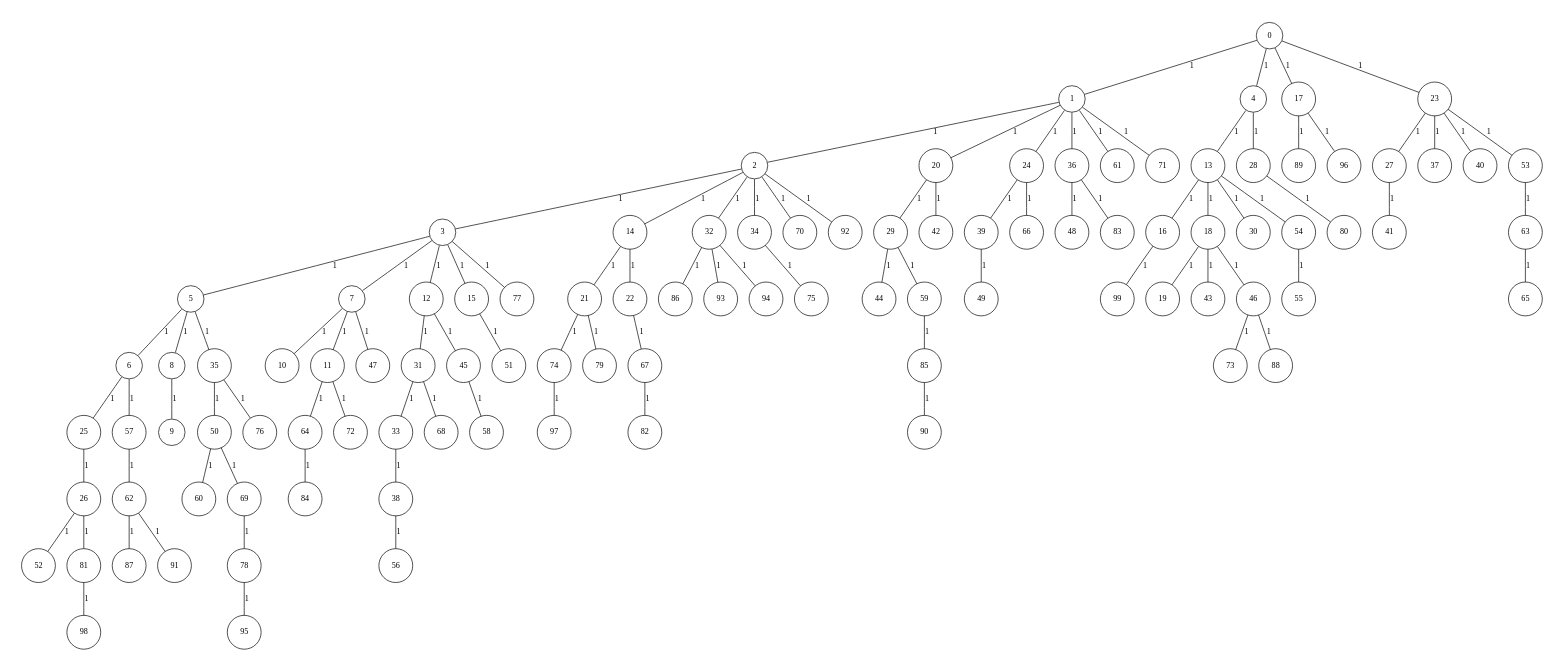
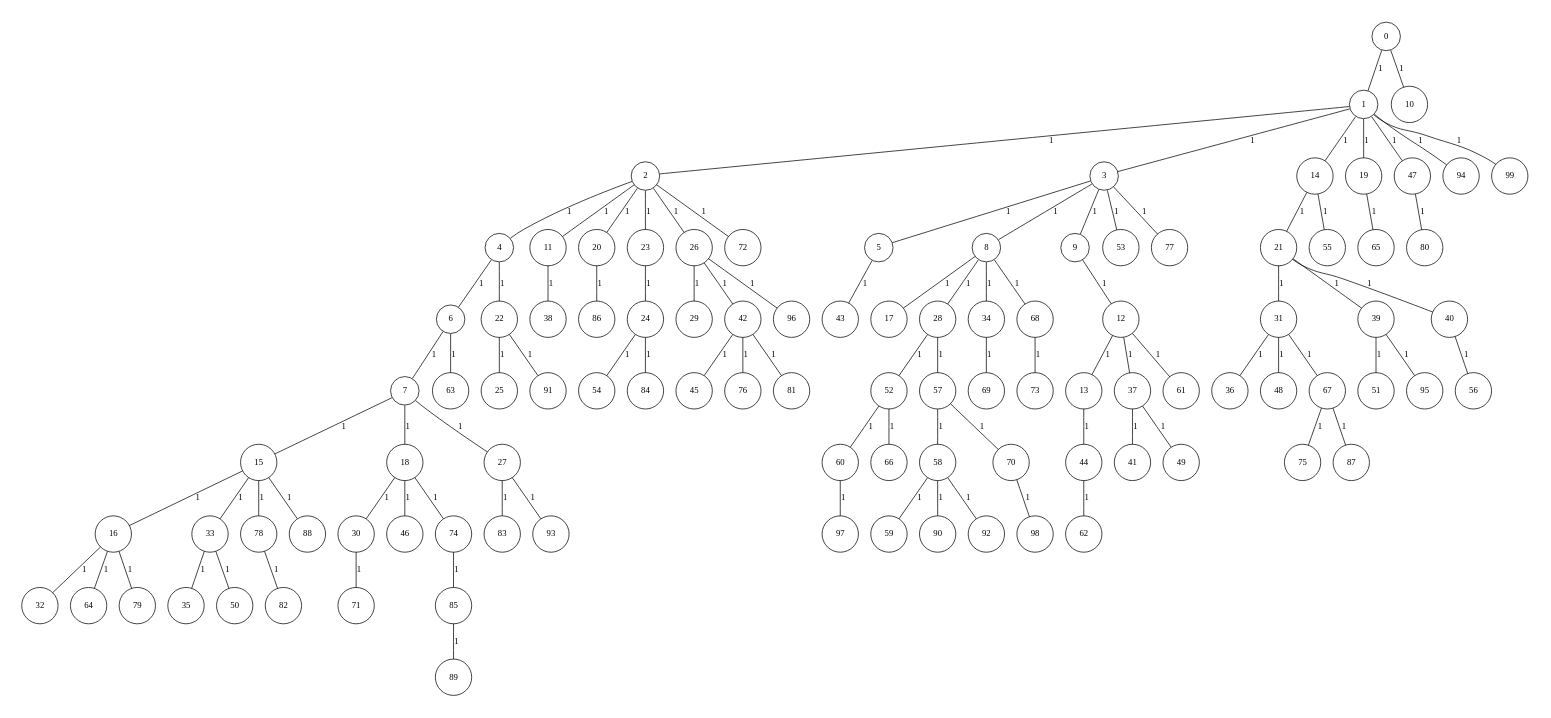
Before and after one commit to cardosodg/setcover-grasp: the diagram in GraphGenerator/input/instGraph_100_7.txt.dot, drawn with Graphviz. The commit also changed 2004 other files, not shown here.

```diff
--- a/GraphGenerator/input/instGraph_100_7.txt.dot
+++ b/GraphGenerator/input/instGraph_100_7.txt.dot
@@ -6,204 +6,204 @@
 node[shape=circle,width=.12,hight=.12,fontsize=12]
 edge[fontsize=12]
 
-0[label=" 0" color=black, pos="0.6882491,0.86756144!"];
-1[label=" 1" color=black, pos="1.1546594,2.544369!"];
-2[label=" 2" color=black, pos="0.87046067,2.5725337!"];
-3[label=" 3" color=black, pos="2.9609948,1.8222236!"];
-4[label=" 4" color=black, pos="2.3271478,2.1791764!"];
-5[label=" 5" color=black, pos="0.063146941,1.0791621!"];
-6[label=" 6" color=black, pos="1.0723965,1.5837846!"];
-7[label=" 7" color=black, pos="1.5924489,2.0324623!"];
-8[label=" 8" color=black, pos="1.3780153,0.17281948!"];
-9[label=" 9" color=black, pos="0.45844221,0.18359923!"];
-10[label=" 10" color=black, pos="0.061563817,1.1168777!"];
-11[label=" 11" color=black, pos="2.9372692,2.7325897!"];
-12[label=" 12" color=black, pos="1.9873114,1.1731851!"];
-13[label=" 13" color=black, pos="2.1356532,0.30081555!"];
-14[label=" 14" color=black, pos="1.0140616,2.0869621!"];
-15[label=" 15" color=black, pos="1.4451238,0.88720849!"];
-16[label=" 16" color=black, pos="0.019448149,0.35581394!"];
-17[label=" 17" color=black, pos="2.7772165,0.80679324!"];
-18[label=" 18" color=black, pos="1.2955461,0.86133891!"];
-19[label=" 19" color=black, pos="1.8627722,1.4972324!"];
-20[label=" 20" color=black, pos="2.5056947,2.9005419!"];
-21[label=" 21" color=black, pos="2.9227648,2.8493976!"];
-22[label=" 22" color=black, pos="2.0859575,2.5433368!"];
-23[label=" 23" color=black, pos="2.0557841,1.3542205!"];
-24[label=" 24" color=black, pos="2.4905733,1.5531226!"];
-25[label=" 25" color=black, pos="0.24944759,2.1065701!"];
-26[label=" 26" color=black, pos="0.28358674,0.77780898!"];
-27[label=" 27" color=black, pos="0.56183759,0.99644245!"];
-28[label=" 28" color=black, pos="2.9454588,2.7088802!"];
-29[label=" 29" color=black, pos="0.098341698,1.8050499!"];
-30[label=" 30" color=black, pos="0.49463754,1.7153805!"];
-31[label=" 31" color=black, pos="2.778932,0.62565384!"];
-32[label=" 32" color=black, pos="1.7796354,1.5372951!"];
-33[label=" 33" color=black, pos="1.5386922,2.5740767!"];
-34[label=" 34" color=black, pos="1.6117742,0.96863789!"];
-35[label=" 35" color=black, pos="1.626927,2.2411441!"];
-36[label=" 36" color=black, pos="0.86206464,1.4406094!"];
-37[label=" 37" color=black, pos="1.5083021,2.1447055!"];
-38[label=" 38" color=black, pos="1.5940461,2.5533613!"];
-39[label=" 39" color=black, pos="0.92968707,0.64248346!"];
-40[label=" 40" color=black, pos="1.3577916,0.73840552!"];
-41[label=" 41" color=black, pos="0.82364372,0.71876278!"];
-42[label=" 42" color=black, pos="0.66436787,1.6090296!"];
-43[label=" 43" color=black, pos="0.652481,2.8636807!"];
-44[label=" 44" color=black, pos="1.800198,0.47495198!"];
-45[label=" 45" color=black, pos="2.5499495,2.3114398!"];
-46[label=" 46" color=black, pos="2.4797436,0.51697367!"];
-47[label=" 47" color=black, pos="1.0438163,2.1187531!"];
-48[label=" 48" color=black, pos="1.3392357,0.29809162!"];
-49[label=" 49" color=black, pos="2.1696409,1.5982973!"];
-50[label=" 50" color=black, pos="1.7042551,0.12530359!"];
-51[label=" 51" color=black, pos="0.057500585,1.8712817!"];
-52[label=" 52" color=black, pos="2.2932744,2.1661987!"];
-53[label=" 53" color=black, pos="2.9658912,1.9872194!"];
-54[label=" 54" color=black, pos="0.3424396,0.85506543!"];
-55[label=" 55" color=black, pos="0.66365017,2.7878637!"];
-56[label=" 56" color=black, pos="0.83097722,0.16576525!"];
-57[label=" 57" color=black, pos="2.1028097,2.8346268!"];
-58[label=" 58" color=black, pos="1.9713894,0.16380082!"];
-59[label=" 59" color=black, pos="1.9489147,0.88658857!"];
-60[label=" 60" color=black, pos="2.3813162,0.085412917!"];
-61[label=" 61" color=black, pos="0.53042572,0.79284221!"];
-62[label=" 62" color=black, pos="1.5768253,0.25912118!"];
-63[label=" 63" color=black, pos="1.6217262,0.24336136!"];
-64[label=" 64" color=black, pos="1.1329402,1.4533215!"];
-65[label=" 65" color=black, pos="2.1731891,2.0428146!"];
-66[label=" 66" color=black, pos="2.2478787,1.1734686!"];
-67[label=" 67" color=black, pos="2.241698,1.4389825!"];
-68[label=" 68" color=black, pos="0.11284437,2.9702216!"];
-69[label=" 69" color=black, pos="1.5970277,2.5161354!"];
-70[label=" 70" color=black, pos="2.4109715,1.4143285!"];
-71[label=" 71" color=black, pos="2.8222415,0.4854011!"];
-72[label=" 72" color=black, pos="1.0668165,0.19093149!"];
-73[label=" 73" color=black, pos="1.2266709,2.3845842!"];
-74[label=" 74" color=black, pos="0.44036153,0.67134302!"];
-75[label=" 75" color=black, pos="0.61810986,1.3050737!"];
-76[label=" 76" color=black, pos="0.63472088,2.3742243!"];
-77[label=" 77" color=black, pos="2.0383591,0.40560159!"];
-78[label=" 78" color=black, pos="1.6656164,2.4820282!"];
-79[label=" 79" color=black, pos="2.47762,1.4430395!"];
-80[label=" 80" color=black, pos="2.9061519,0.78444212!"];
-81[label=" 81" color=black, pos="2.8677171,1.6073725!"];
-82[label=" 82" color=black, pos="0.72707901,0.99013809!"];
-83[label=" 83" color=black, pos="0.38904099,2.0761431!"];
-84[label=" 84" color=black, pos="0.57050705,2.2555104!"];
-85[label=" 85" color=black, pos="0.34072721,2.0581967!"];
-86[label=" 86" color=black, pos="1.4810421,1.4942014!"];
-87[label=" 87" color=black, pos="1.5076543,0.50309866!"];
-88[label=" 88" color=black, pos="0.57121182,0.54662911!"];
-89[label=" 89" color=black, pos="0.45656705,0.74700747!"];
-90[label=" 90" color=black, pos="1.4327171,2.5288349!"];
-91[label=" 91" color=black, pos="2.0323573,2.8455199!"];
-92[label=" 92" color=black, pos="1.0553455,1.2117305!"];
-93[label=" 93" color=black, pos="0.7621424,1.4024163!"];
-94[label=" 94" color=black, pos="1.8101522,1.2018467!"];
-95[label=" 95" color=black, pos="1.8338586,0.73161282!"];
-96[label=" 96" color=black, pos="0.99248613,2.8439993!"];
-97[label=" 97" color=black, pos="2.4322435,2.6326992!"];
-98[label=" 98" color=black, pos="0.32815228,1.6867187!"];
-99[label=" 99" color=black, pos="1.7665123,2.963374!"];
+0[label=" 0" color=black, pos="0.90476775,1.3335328!"];
+1[label=" 1" color=black, pos="1.5204547,1.3064026!"];
+2[label=" 2" color=black, pos="1.1134714,1.3400579!"];
+3[label=" 3" color=black, pos="1.6291316,0.20238303!"];
+4[label=" 4" color=black, pos="2.4858599,0.46500808!"];
+5[label=" 5" color=black, pos="1.9340907,0.19255651!"];
+6[label=" 6" color=black, pos="1.0604668,2.0620097!"];
+7[label=" 7" color=black, pos="0.46729992,2.892203!"];
+8[label=" 8" color=black, pos="0.84746618,2.0791234!"];
+9[label=" 9" color=black, pos="0.66433467,1.9984117!"];
+10[label=" 10" color=black, pos="0.46824845,0.77329633!"];
+11[label=" 11" color=black, pos="2.6358457,2.0948584!"];
+12[label=" 12" color=black, pos="1.5350063,1.8381466!"];
+13[label=" 13" color=black, pos="0.48641779,0.51167302!"];
+14[label=" 14" color=black, pos="2.2597825,0.70722273!"];
+15[label=" 15" color=black, pos="2.1884652,1.0991501!"];
+16[label=" 16" color=black, pos="0.82516151,1.4038523!"];
+17[label=" 17" color=black, pos="1.5637995,2.2673023!"];
+18[label=" 18" color=black, pos="2.7407335,0.12942801!"];
+19[label=" 19" color=black, pos="0.016277988,1.4982847!"];
+20[label=" 20" color=black, pos="0.78415283,0.020381298!"];
+21[label=" 21" color=black, pos="2.3671344,1.8174552!"];
+22[label=" 22" color=black, pos="2.1057371,0.35399933!"];
+23[label=" 23" color=black, pos="1.1241036,1.3301338!"];
+24[label=" 24" color=black, pos="2.6314229,2.4387613!"];
+25[label=" 25" color=black, pos="0.13625002,0.22727044!"];
+26[label=" 26" color=black, pos="0.74666224,2.2535627!"];
+27[label=" 27" color=black, pos="1.5809848,2.3142245!"];
+28[label=" 28" color=black, pos="0.088278712,2.6357083!"];
+29[label=" 29" color=black, pos="2.8666601,2.08233!"];
+30[label=" 30" color=black, pos="2.9778414,1.2665995!"];
+31[label=" 31" color=black, pos="0.88947878,2.0512101!"];
+32[label=" 32" color=black, pos="0.33071935,2.7161242!"];
+33[label=" 33" color=black, pos="2.1960351,1.3439529!"];
+34[label=" 34" color=black, pos="0.30009304,0.70563751!"];
+35[label=" 35" color=black, pos="2.3493629,2.2462155!"];
+36[label=" 36" color=black, pos="0.35446787,2.8930548!"];
+37[label=" 37" color=black, pos="0.33508728,2.1935252!"];
+38[label=" 38" color=black, pos="1.4117142,1.4148737!"];
+39[label=" 39" color=black, pos="0.056858063,2.8220947!"];
+40[label=" 40" color=black, pos="2.9560553,0.85454678!"];
+41[label=" 41" color=black, pos="1.4816134,2.0947876!"];
+42[label=" 42" color=black, pos="1.7960152,1.6627843!"];
+43[label=" 43" color=black, pos="1.8202871,0.5830198!"];
+44[label=" 44" color=black, pos="0.79092366,1.395883!"];
+45[label=" 45" color=black, pos="0.45145939,2.4389396!"];
+46[label=" 46" color=black, pos="1.049533,1.1643665!"];
+47[label=" 47" color=black, pos="2.3198971,1.4939685!"];
+48[label=" 48" color=black, pos="0.52467998,0.42804268!"];
+49[label=" 49" color=black, pos="0.54701496,0.78799983!"];
+50[label=" 50" color=black, pos="1.3232554,1.4884083!"];
+51[label=" 51" color=black, pos="0.359784,0.31829755!"];
+52[label=" 52" color=black, pos="2.5475027,2.2767186!"];
+53[label=" 53" color=black, pos="2.3035888,2.8621357!"];
+54[label=" 54" color=black, pos="1.5694715,0.45951298!"];
+55[label=" 55" color=black, pos="0.012963339,1.165321!"];
+56[label=" 56" color=black, pos="0.30199679,0.5439367!"];
+57[label=" 57" color=black, pos="1.1161939,2.1920419!"];
+58[label=" 58" color=black, pos="1.7827207,0.58299185!"];
+59[label=" 59" color=black, pos="2.7518784,0.29321233!"];
+60[label=" 60" color=black, pos="2.61547,2.2983432!"];
+61[label=" 61" color=black, pos="0.28558915,0.2721807!"];
+62[label=" 62" color=black, pos="2.1869811,0.7444293!"];
+63[label=" 63" color=black, pos="1.6851752,0.73758771!"];
+64[label=" 64" color=black, pos="0.50311397,2.8361837!"];
+65[label=" 65" color=black, pos="1.6134609,2.0587572!"];
+66[label=" 66" color=black, pos="2.7086759,2.5386863!"];
+67[label=" 67" color=black, pos="0.54303848,0.75993542!"];
+68[label=" 68" color=black, pos="0.40182953,0.077567272!"];
+69[label=" 69" color=black, pos="0.21875751,1.5424794!"];
+70[label=" 70" color=black, pos="2.0814416,2.605683!"];
+71[label=" 71" color=black, pos="0.19665895,1.7537888!"];
+72[label=" 72" color=black, pos="2.6247951,0.31908082!"];
+73[label=" 73" color=black, pos="0.61819819,1.6344376!"];
+74[label=" 74" color=black, pos="2.0195871,1.7874284!"];
+75[label=" 75" color=black, pos="0.0050224522,2.7211341!"];
+76[label=" 76" color=black, pos="2.6056425,0.094270662!"];
+77[label=" 77" color=black, pos="2.1484493,2.2301386!"];
+78[label=" 78" color=black, pos="1.9236587,1.9965078!"];
+79[label=" 79" color=black, pos="2.1790922,0.82009052!"];
+80[label=" 80" color=black, pos="2.3402691,0.042143229!"];
+81[label=" 81" color=black, pos="0.5170094,0.28534143!"];
+82[label=" 82" color=black, pos="1.8497047,1.0992222!"];
+83[label=" 83" color=black, pos="1.6201337,0.26157911!"];
+84[label=" 84" color=black, pos="1.6190576,2.0501762!"];
+85[label=" 85" color=black, pos="2.9925998,0.99739792!"];
+86[label=" 86" color=black, pos="0.11613625,1.0365761!"];
+87[label=" 87" color=black, pos="2.7442023,1.0991157!"];
+88[label=" 88" color=black, pos="1.9958379,1.0429388!"];
+89[label=" 89" color=black, pos="2.8178397,0.049443876!"];
+90[label=" 90" color=black, pos="2.4010501,1.5222715!"];
+91[label=" 91" color=black, pos="0.96902232,0.24695996!"];
+92[label=" 92" color=black, pos="0.13970039,1.3555869!"];
+93[label=" 93" color=black, pos="0.57745089,1.0485586!"];
+94[label=" 94" color=black, pos="2.3468905,0.98881557!"];
+95[label=" 95" color=black, pos="0.94180126,0.17556431!"];
+96[label=" 96" color=black, pos="0.22919012,2.4504865!"];
+97[label=" 97" color=black, pos="0.54678328,1.7145742!"];
+98[label=" 98" color=black, pos="2.6485964,1.9690171!"];
+99[label=" 99" color=black, pos="1.0206964,2.2056987!"];
 0--1[label="1"]
-0--4[label="1"]
-0--17[label="1"]
-0--23[label="1"]
+0--10[label="1"]
 1--2[label="1"]
-1--20[label="1"]
-1--24[label="1"]
-1--36[label="1"]
-1--61[label="1"]
-1--71[label="1"]
-2--3[label="1"]
-2--14[label="1"]
-2--32[label="1"]
-2--34[label="1"]
-2--70[label="1"]
-2--92[label="1"]
+1--3[label="1"]
+1--14[label="1"]
+1--19[label="1"]
+1--47[label="1"]
+1--94[label="1"]
+1--99[label="1"]
+2--4[label="1"]
+2--11[label="1"]
+2--20[label="1"]
+2--23[label="1"]
+2--26[label="1"]
+2--72[label="1"]
 3--5[label="1"]
-3--7[label="1"]
-3--12[label="1"]
-3--15[label="1"]
+3--8[label="1"]
+3--9[label="1"]
+3--53[label="1"]
 3--77[label="1"]
-4--13[label="1"]
-4--28[label="1"]
-5--6[label="1"]
-5--8[label="1"]
-5--35[label="1"]
-6--25[label="1"]
-6--57[label="1"]
-7--10[label="1"]
-7--11[label="1"]
-7--47[label="1"]
-8--9[label="1"]
-11--64[label="1"]
-11--72[label="1"]
-12--31[label="1"]
-12--45[label="1"]
-13--16[label="1"]
-13--18[label="1"]
-13--30[label="1"]
-13--54[label="1"]
+4--6[label="1"]
+4--22[label="1"]
+5--43[label="1"]
+6--7[label="1"]
+6--63[label="1"]
+7--15[label="1"]
+7--18[label="1"]
+7--27[label="1"]
+8--17[label="1"]
+8--28[label="1"]
+8--34[label="1"]
+8--68[label="1"]
+9--12[label="1"]
+11--38[label="1"]
+12--13[label="1"]
+12--37[label="1"]
+12--61[label="1"]
+13--44[label="1"]
 14--21[label="1"]
-14--22[label="1"]
-15--51[label="1"]
-16--99[label="1"]
-17--89[label="1"]
-17--96[label="1"]
-18--19[label="1"]
-18--43[label="1"]
+14--55[label="1"]
+15--16[label="1"]
+15--33[label="1"]
+15--78[label="1"]
+15--88[label="1"]
+16--32[label="1"]
+16--64[label="1"]
+16--79[label="1"]
+18--30[label="1"]
 18--46[label="1"]
-20--29[label="1"]
-20--42[label="1"]
-21--74[label="1"]
-21--79[label="1"]
-22--67[label="1"]
-23--27[label="1"]
-23--37[label="1"]
-23--40[label="1"]
-23--53[label="1"]
-24--39[label="1"]
-24--66[label="1"]
-25--26[label="1"]
-26--52[label="1"]
-26--81[label="1"]
-27--41[label="1"]
-28--80[label="1"]
-29--44[label="1"]
-29--59[label="1"]
-31--33[label="1"]
-31--68[label="1"]
-32--86[label="1"]
-32--93[label="1"]
-32--94[label="1"]
-33--38[label="1"]
-34--75[label="1"]
-35--50[label="1"]
-35--76[label="1"]
-36--48[label="1"]
-36--83[label="1"]
-38--56[label="1"]
-39--49[label="1"]
-45--58[label="1"]
-46--73[label="1"]
-46--88[label="1"]
-50--60[label="1"]
-50--69[label="1"]
-53--63[label="1"]
-54--55[label="1"]
-57--62[label="1"]
-59--85[label="1"]
-62--87[label="1"]
-62--91[label="1"]
-63--65[label="1"]
-64--84[label="1"]
-67--82[label="1"]
-69--78[label="1"]
-74--97[label="1"]
-78--95[label="1"]
-81--98[label="1"]
-85--90[label="1"]
+18--74[label="1"]
+19--65[label="1"]
+20--86[label="1"]
+21--31[label="1"]
+21--39[label="1"]
+21--40[label="1"]
+22--25[label="1"]
+22--91[label="1"]
+23--24[label="1"]
+24--54[label="1"]
+24--84[label="1"]
+26--29[label="1"]
+26--42[label="1"]
+26--96[label="1"]
+27--83[label="1"]
+27--93[label="1"]
+28--52[label="1"]
+28--57[label="1"]
+30--71[label="1"]
+31--36[label="1"]
+31--48[label="1"]
+31--67[label="1"]
+33--35[label="1"]
+33--50[label="1"]
+34--69[label="1"]
+37--41[label="1"]
+37--49[label="1"]
+39--51[label="1"]
+39--95[label="1"]
+40--56[label="1"]
+42--45[label="1"]
+42--76[label="1"]
+42--81[label="1"]
+44--62[label="1"]
+47--80[label="1"]
+52--60[label="1"]
+52--66[label="1"]
+57--58[label="1"]
+57--70[label="1"]
+58--59[label="1"]
+58--90[label="1"]
+58--92[label="1"]
+60--97[label="1"]
+67--75[label="1"]
+67--87[label="1"]
+68--73[label="1"]
+70--98[label="1"]
+74--85[label="1"]
+78--82[label="1"]
+85--89[label="1"]
 
 }
```
